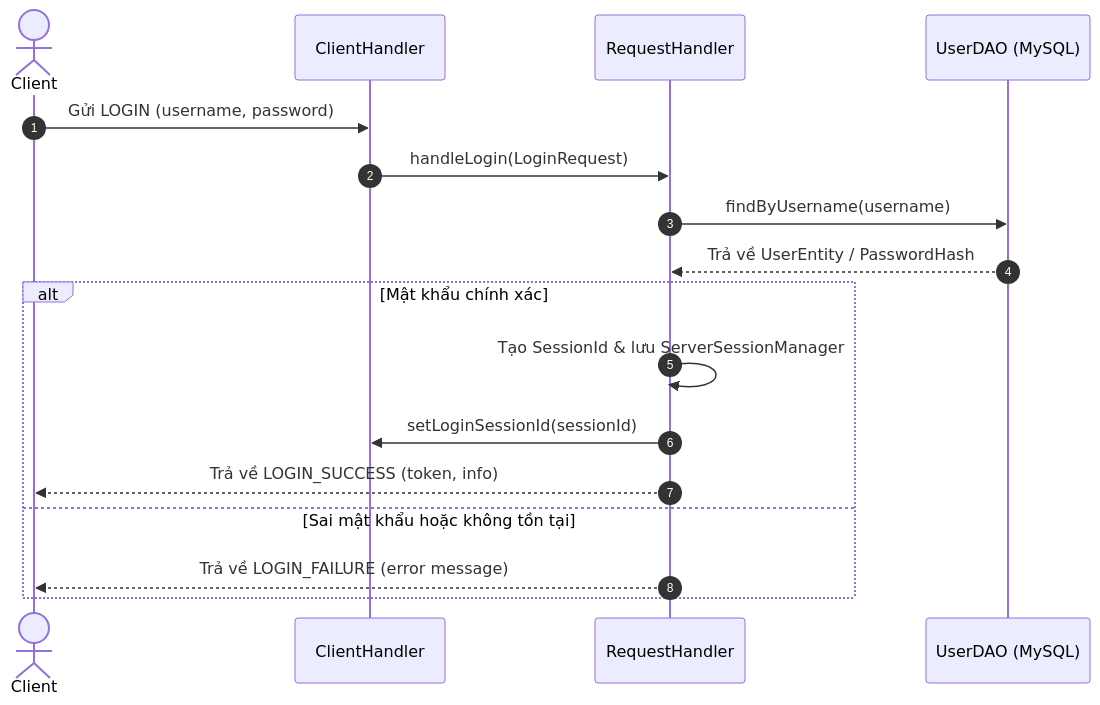
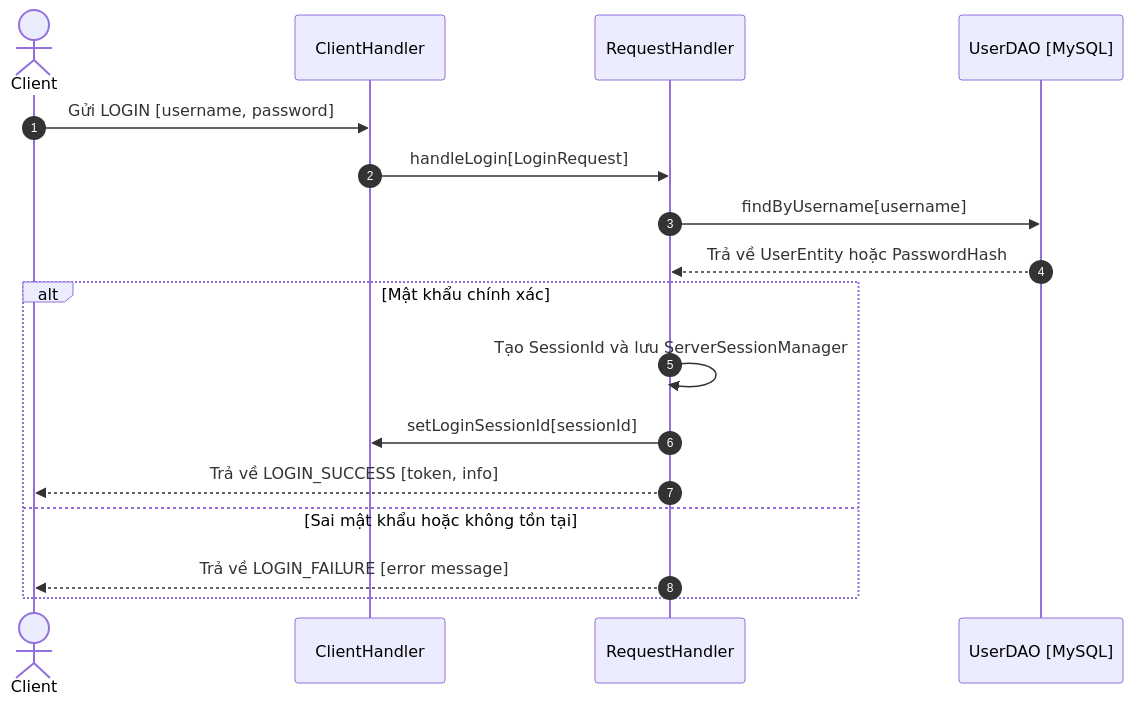
The first of 4 diagrams in DocsJava/ARCHITECTURE_AND_SEQUENCE.md (vietquanntt-collab/LTNC-BTL), drawn with Mermaid before and after one commit. The commit also changed other lines of this file, not shown here.

Commit message:
fix(docs): fix mermaid syntax for github markdown rendering

````diff
--- a/DocsJava/ARCHITECTURE_AND_SEQUENCE.md
+++ b/DocsJava/ARCHITECTURE_AND_SEQUENCE.md
@@ -6,20 +6,20 @@
 ```mermaid
 sequenceDiagram
     autonumber
     actor Client
     participant CH as ClientHandler
     participant RH as RequestHandler
-    participant DB as UserDAO (MySQL)
+    participant DB as UserDAO [MySQL]
 
-    Client->>CH: Gửi LOGIN (username, password)
-    CH->>RH: handleLogin(LoginRequest)
-    RH->>DB: findByUsername(username)
-    DB-->>RH: Trả về UserEntity / PasswordHash
+    Client->>CH: Gửi LOGIN [username, password]
+    CH->>RH: handleLogin[LoginRequest]
+    RH->>DB: findByUsername[username]
+    DB-->>RH: Trả về UserEntity hoặc PasswordHash
     alt Mật khẩu chính xác
-        RH->>RH: Tạo SessionId & lưu ServerSessionManager
-        RH->>CH: setLoginSessionId(sessionId)
-        RH-->>Client: Trả về LOGIN_SUCCESS (token, info)
+        RH->>RH: Tạo SessionId và lưu ServerSessionManager
+        RH->>CH: setLoginSessionId[sessionId]
+        RH-->>Client: Trả về LOGIN_SUCCESS [token, info]
     else Sai mật khẩu hoặc không tồn tại
-        RH-->>Client: Trả về LOGIN_FAILURE (error message)
+        RH-->>Client: Trả về LOGIN_FAILURE [error message]
     end 
 ```
````
